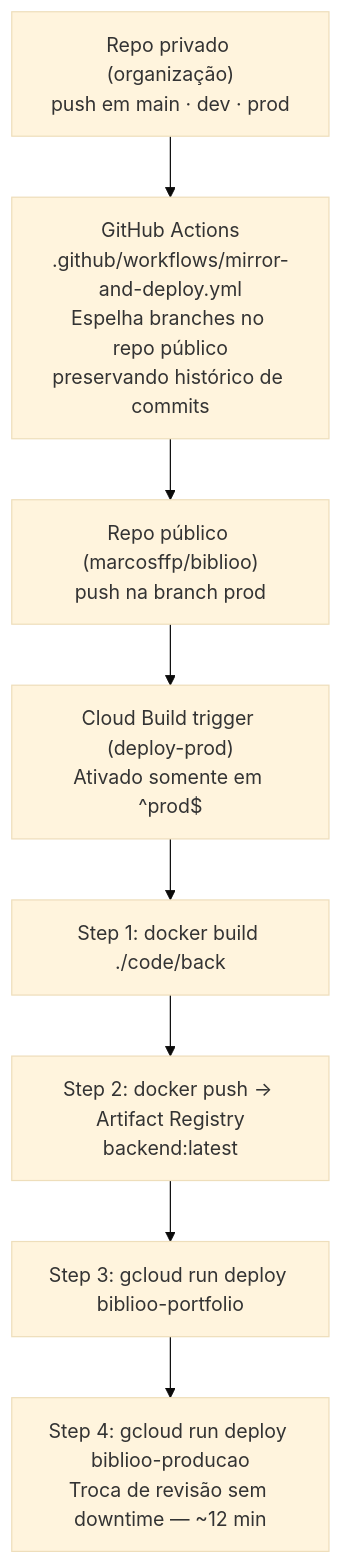
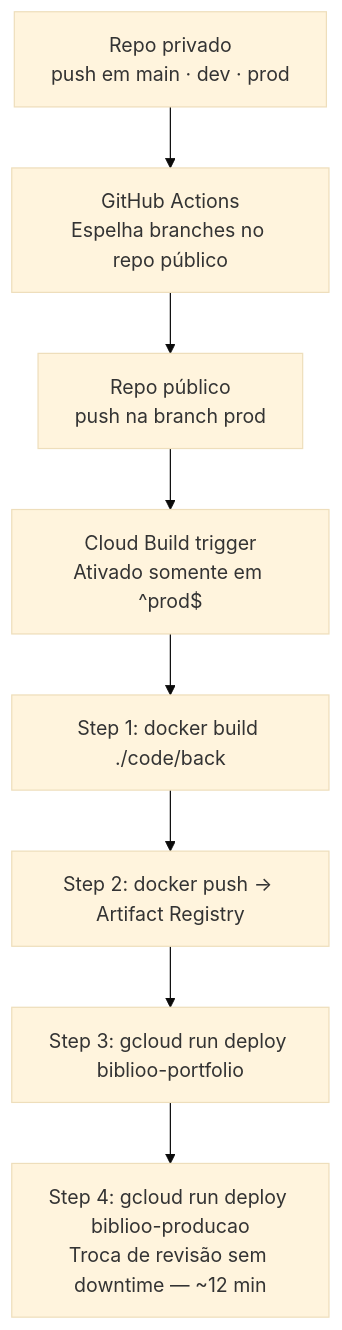
Before and after one commit to marcosffp/biblioo: the fourth of 4 diagrams in code/back/README.md, drawn with Mermaid (base theme). The commit also changed other lines of this file and 9 other files, not shown here.

Commit message:
feat(trending): add service to fetch trending books with relevant data structure build: update app-release APK with latest changes

````diff
--- a/code/back/README.md
+++ b/code/back/README.md
@@ -798,19 +759,13 @@
 ```mermaid
 flowchart TD
-    A["Repo privado (organização)\npush em main · dev · prod"]
-    B["GitHub Actions\n.github/workflows/mirror-and-deploy.yml\nEspelha branches no repo público\npreservando histórico de commits"]
-    C["Repo público (marcosffp/biblioo)\npush na branch prod"]
-    D["Cloud Build trigger (deploy-prod)\nAtivado somente em ^prod$"]
+    A["Repo privado\npush em main · dev · prod"]
+    B["GitHub Actions\nEspelha branches no repo público"]
+    C["Repo público\npush na branch prod"]
+    D["Cloud Build trigger\nAtivado somente em ^prod$"]
     S1["Step 1: docker build ./code/back"]
-    S2["Step 2: docker push → Artifact Registry\nbackend:latest"]
+    S2["Step 2: docker push → Artifact Registry"]
     S3["Step 3: gcloud run deploy biblioo-portfolio"]
     S4["Step 4: gcloud run deploy biblioo-producao\nTroca de revisão sem downtime — ~12 min"]
 
-    A --> B
-    B --> C
-    C --> D
-    D --> S1
-    S1 --> S2
-    S2 --> S3
-    S3 --> S4
+    A --> B --> C --> D --> S1 --> S2 --> S3 --> S4
 ```
````
